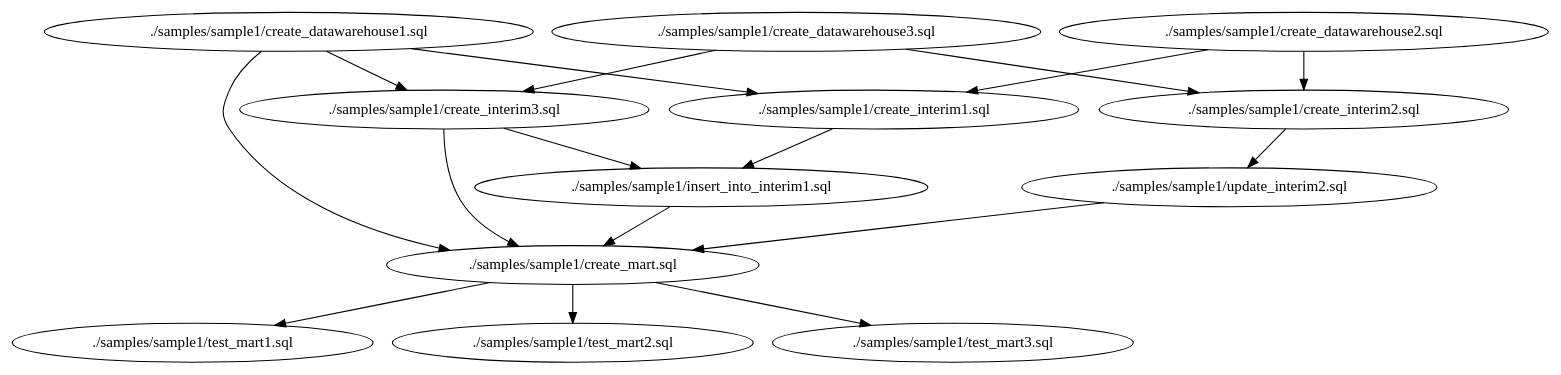
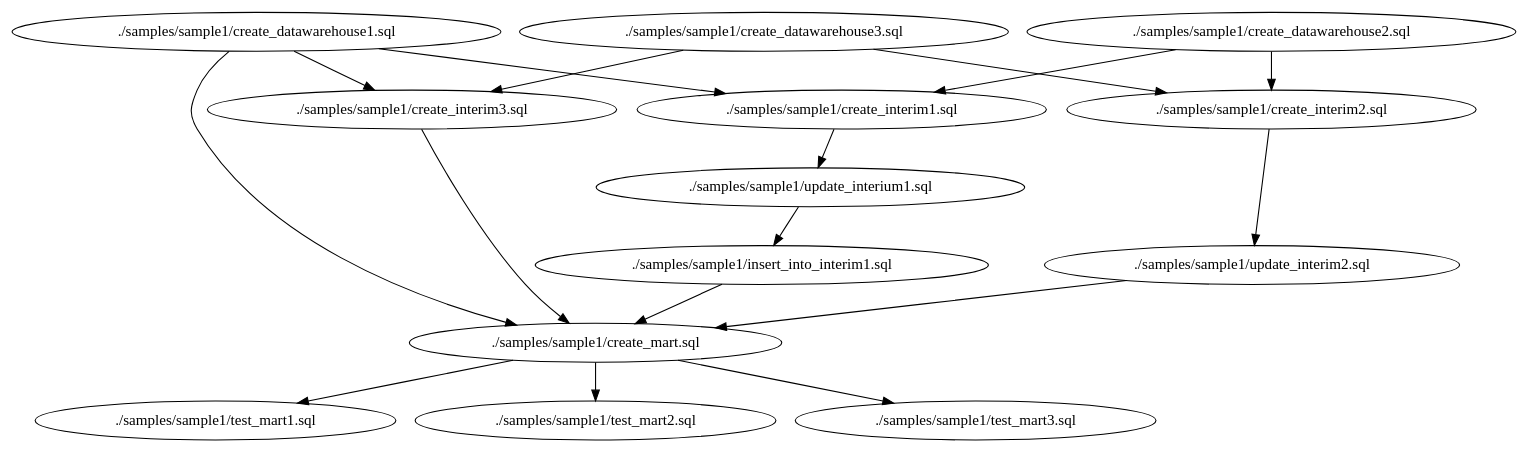
Before and after one commit to Matts966/alphasql: the diagram in samples/sample1/sample1.dot, drawn with Graphviz. The commit also changed 6 other files, not shown here.

```diff
--- a/samples/sample1/sample1.dot
+++ b/samples/sample1/sample1.dot
@@ -1,30 +1,31 @@
 digraph G {
 0[label="./samples/sample1/create_datawarehouse1.sql"];
 1[label="./samples/sample1/create_datawarehouse2.sql"];
 2[label="./samples/sample1/create_datawarehouse3.sql"];
 3[label="./samples/sample1/create_interim1.sql"];
 4[label="./samples/sample1/create_interim2.sql"];
 5[label="./samples/sample1/create_interim3.sql"];
 6[label="./samples/sample1/create_mart.sql"];
 7[label="./samples/sample1/insert_into_interim1.sql"];
 8[label="./samples/sample1/test_mart1.sql"];
 9[label="./samples/sample1/test_mart2.sql"];
 10[label="./samples/sample1/test_mart3.sql"];
 11[label="./samples/sample1/update_interim2.sql"];
+12[label="./samples/sample1/update_interium1.sql"];
 0->3 ;
 0->5 ;
 0->6 ;
 1->3 ;
 1->4 ;
 2->5 ;
 2->4 ;
-3->7 ;
+3->12 ;
 4->11 ;
-5->7 ;
 5->6 ;
 6->10 ;
 6->9 ;
 6->8 ;
 7->6 ;
 11->6 ;
+12->7 ;
 }
```
